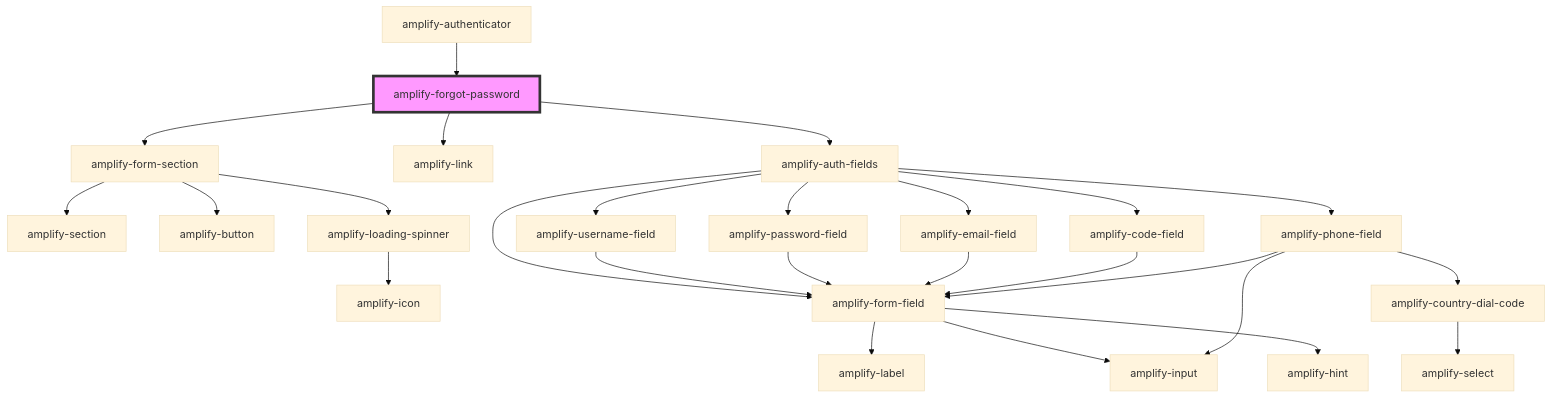
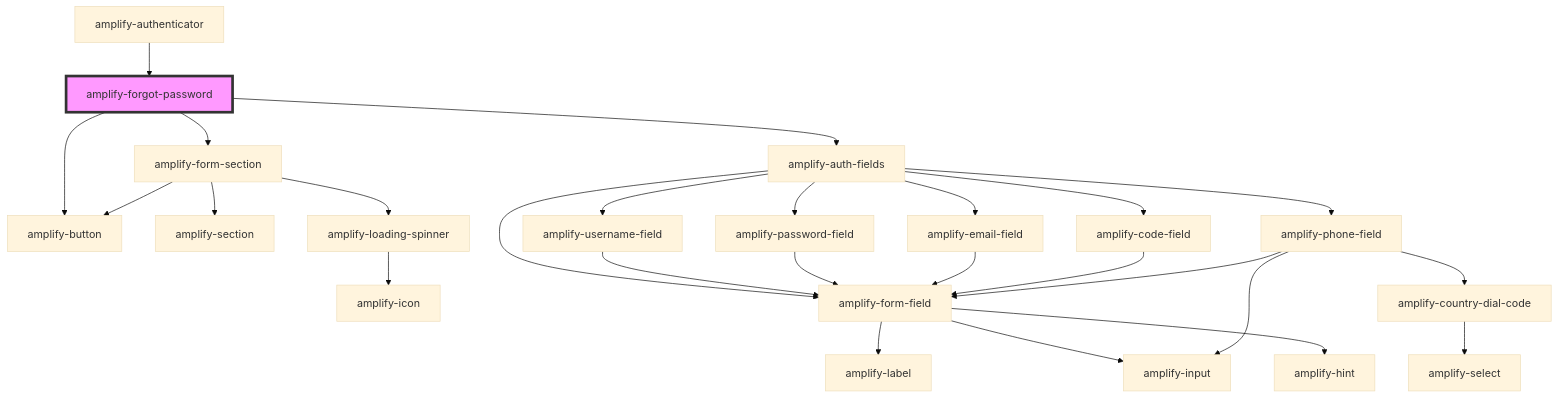
One commit to OneDev0411/amplify-js changed the diagram in packages/amplify-ui-components/src/components/amplify-forgot-password/readme.md. Above: the diagram before and after it, drawn with Mermaid (base theme). The commit also changed other lines of this file and 27 other files, not shown here.

````diff
--- a/packages/amplify-ui-components/src/components/amplify-forgot-password/readme.md
+++ b/packages/amplify-ui-components/src/components/amplify-forgot-password/readme.md
@@ -32,29 +32,29 @@
 ```mermaid
 graph TD;
   amplify-forgot-password --> amplify-form-section
-  amplify-forgot-password --> amplify-link
+  amplify-forgot-password --> amplify-button
   amplify-forgot-password --> amplify-auth-fields
   amplify-form-section --> amplify-section
   amplify-form-section --> amplify-button
   amplify-form-section --> amplify-loading-spinner
   amplify-loading-spinner --> amplify-icon
   amplify-auth-fields --> amplify-username-field
   amplify-auth-fields --> amplify-password-field
   amplify-auth-fields --> amplify-email-field
   amplify-auth-fields --> amplify-code-field
   amplify-auth-fields --> amplify-phone-field
   amplify-auth-fields --> amplify-form-field
   amplify-username-field --> amplify-form-field
   amplify-form-field --> amplify-label
   amplify-form-field --> amplify-input
   amplify-form-field --> amplify-hint
   amplify-password-field --> amplify-form-field
   amplify-email-field --> amplify-form-field
   amplify-code-field --> amplify-form-field
   amplify-phone-field --> amplify-form-field
   amplify-phone-field --> amplify-country-dial-code
   amplify-phone-field --> amplify-input
   amplify-country-dial-code --> amplify-select
   amplify-authenticator --> amplify-forgot-password
   style amplify-forgot-password fill:#f9f,stroke:#333,stroke-width:4px
 ```
````
